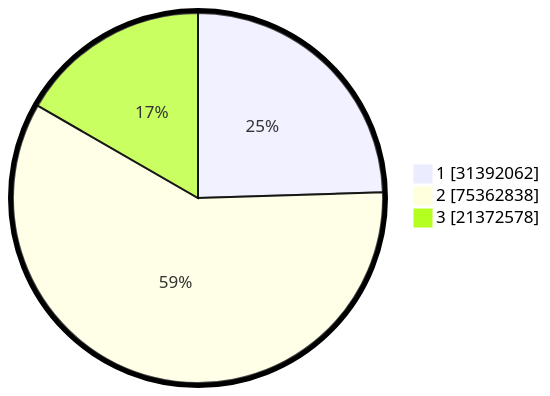
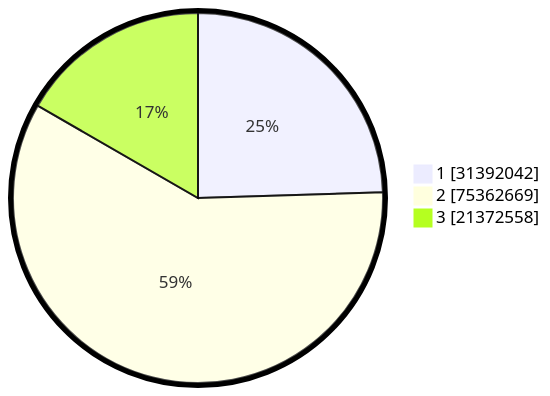
Before and after one commit to gigit-pemilu/pemilu-2024: the second of 2 diagrams in pilpres/hitung-suara/README.md, drawn with Mermaid. The commit also changed other lines of this file and 5 other files, not shown here.

````diff
--- a/pilpres/hitung-suara/README.md
+++ b/pilpres/hitung-suara/README.md
@@ -93,7 +93,7 @@
 ```mermaid
 %%{init: {"pie": {"textPosition": 0.5}, "themeVariables": {"pieOuterStrokeWidth": "5px"}} }%%
 pie showData
-    "1" : 31392062
-    "2" : 75362838
-    "3" : 21372578
+    "1" : 31392042
+    "2" : 75362669
+    "3" : 21372558
 ```
````
